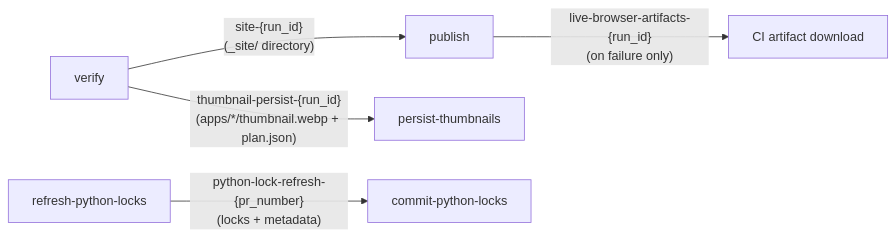
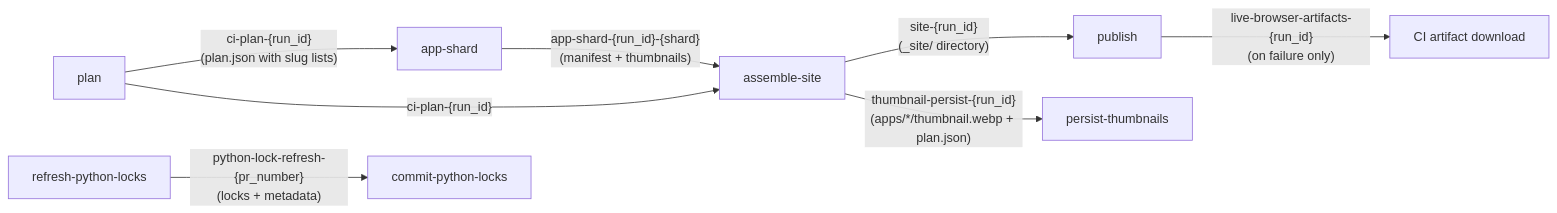
Before and after one commit to Hermione-Granger-1176/artifacts: the fourth of 4 diagrams in docs/architecture.md, drawn with Mermaid. The commit also changed other lines of this file and 36 other files, not shown here.

First line of the commit message:
Simplify control flow and sync docs with the sharded CI pipeline (#124)

````diff
--- a/docs/architecture.md
+++ b/docs/architecture.md
@@ -342,9 +389,13 @@
 ```mermaid
 graph LR
-    verify -->|"site-{run_id}<br/>(_site/ directory)"| publish
-    verify -->|"thumbnail-persist-{run_id}<br/>(apps/*/thumbnail.webp + plan.json)"| persist["persist-thumbnails"]
+    plan -->|"ci-plan-{run_id}<br/>(plan.json with slug lists)"| shards["app-shard"]
+    plan -->|"ci-plan-{run_id}"| assemble["assemble-site"]
+    shards -->|"app-shard-{run_id}-{shard}<br/>(manifest + thumbnails)"| assemble
+
+    assemble -->|"site-{run_id}<br/>(_site/ directory)"| publish
+    assemble -->|"thumbnail-persist-{run_id}<br/>(apps/*/thumbnail.webp + plan.json)"| persist["persist-thumbnails"]
 
     refresh["refresh-python-locks"] -->|"python-lock-refresh-{pr_number}<br/>(locks + metadata)"| commit["commit-python-locks"]
 
     publish -->|"live-browser-artifacts-{run_id}<br/>(on failure only)"| artifacts["CI artifact download"]
 ```
````
